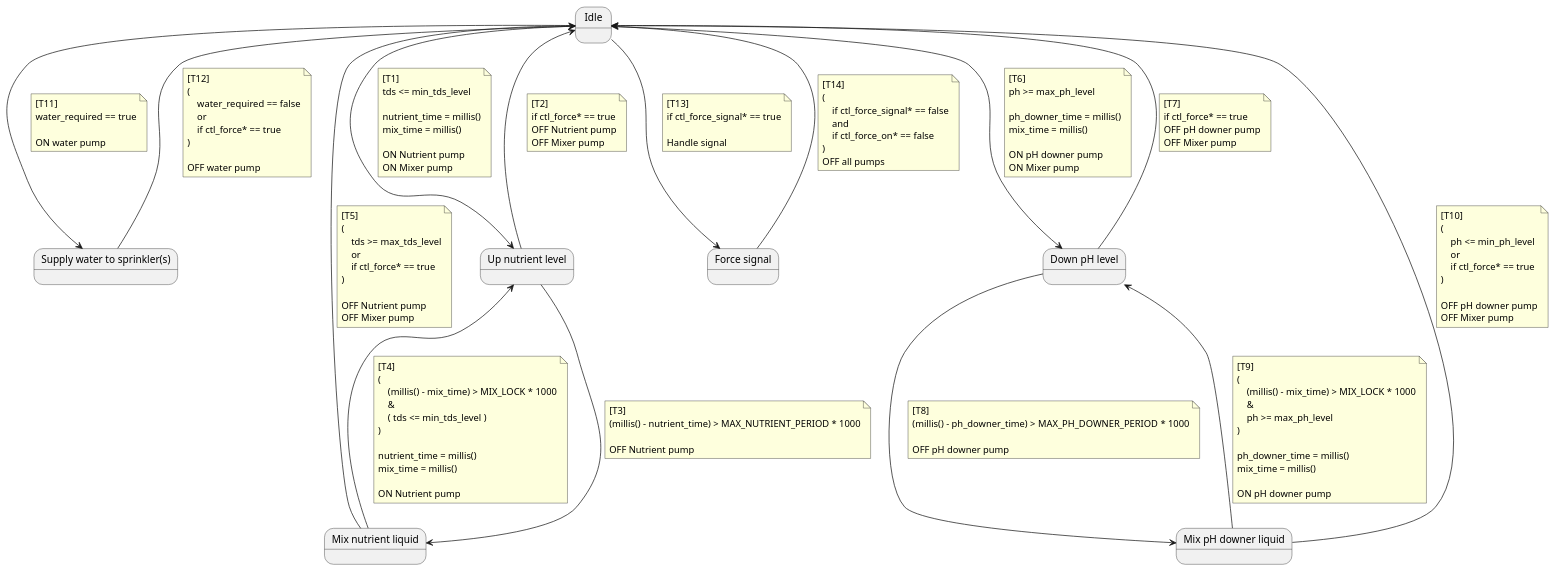
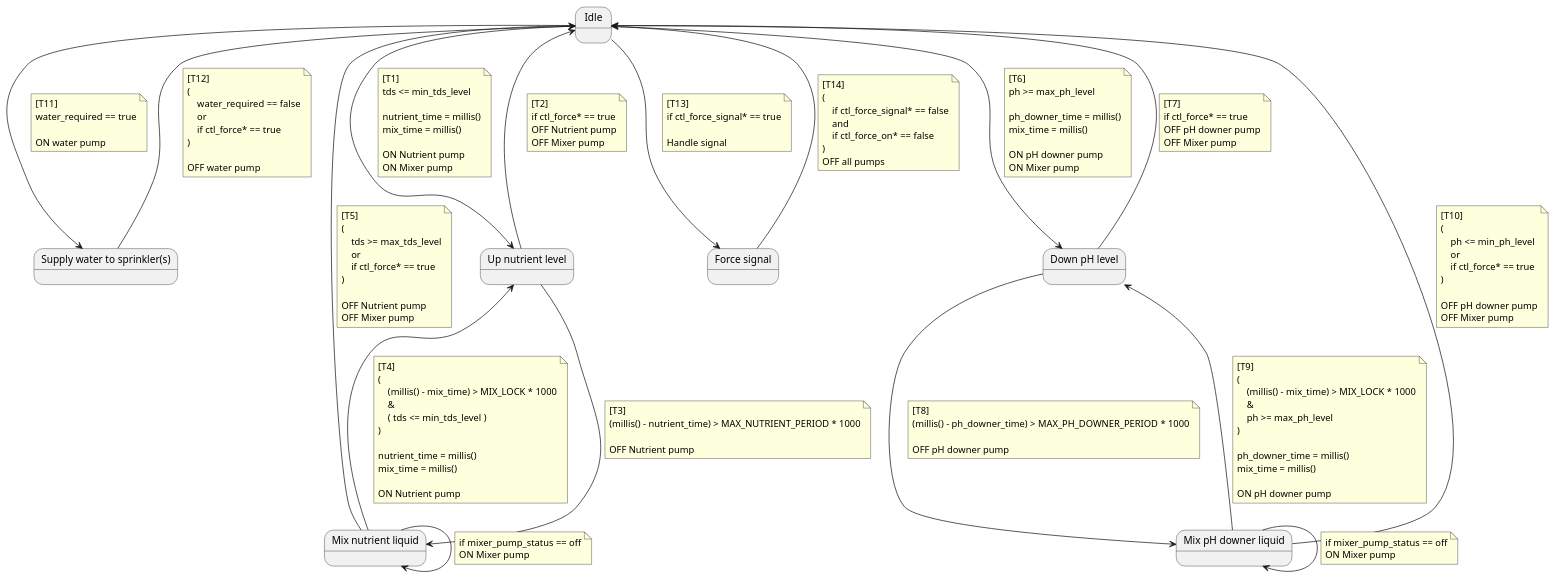
Before and after one commit to One-Green/iot-edge-agent: the diagram in water/docs/finite_state_machine.puml, drawn with PlantUML. The commit also changed 1 other file, not shown here.

Commit message:
feat(water/master_esp32.src.main): up/down tds or ph level more robust, avoid mess while tds ph level changes is required, more deactivate all other pump when watering

```diff
--- a/water/docs/finite_state_machine.puml
+++ b/water/docs/finite_state_machine.puml
@@ -2,174 +2,189 @@
 @startuml
 
 state "Idle" as IDLE
 state "Supply water to sprinkler(s)" as WATER_PUMP_ON
 state "Up nutrient level" as UP_NUTRIENT_LEVEL
 state "Mix nutrient liquid" as MIX_NUTRIENT_LIQUID
 state "Down pH level" as DOWN_PH_LEVEL
 state "Mix pH downer liquid" as MIX_PH_DOWNER_LIQUID
 state "Force signal" as FORCE_SIGNAL
 
 
 ' ================= nutrient level regulation  =================
 ' ==============================================================
 IDLE --> UP_NUTRIENT_LEVEL
     note on link
         [T1]
         tds <= min_tds_level
 
         nutrient_time = millis()
         mix_time = millis()
 
         ON Nutrient pump
         ON Mixer pump
     end note
 
 UP_NUTRIENT_LEVEL --> IDLE
     note on link
         [T2]
         if ctl_force* == true
         OFF Nutrient pump
         OFF Mixer pump
     end note
 
 UP_NUTRIENT_LEVEL --> MIX_NUTRIENT_LIQUID
     note on link
         [T3]
         (millis() - nutrient_time) > MAX_NUTRIENT_PERIOD * 1000
 
         OFF Nutrient pump
     end note
 
 
 MIX_NUTRIENT_LIQUID --> UP_NUTRIENT_LEVEL
     note on link
         [T4]
         (
             (millis() - mix_time) > MIX_LOCK * 1000
             &
             ( tds <= min_tds_level )
         )
 
         nutrient_time = millis()
         mix_time = millis()
 
         ON Nutrient pump
     end note
 
 MIX_NUTRIENT_LIQUID --> IDLE
     note on link
         [T5]
         (
             tds >= max_tds_level
             or
             if ctl_force* == true
         )
 
         OFF Nutrient pump
         OFF Mixer pump
     end note
 
+MIX_NUTRIENT_LIQUID --> MIX_NUTRIENT_LIQUID
+    note on link
+        if mixer_pump_status == off
+        ON Mixer pump
+    end note
+
+
 
 ' ==================== pH level regulation  ====================
 ' ==============================================================
 IDLE --> DOWN_PH_LEVEL
     note on link
         [T6]
         ph >= max_ph_level
 
         ph_downer_time = millis()
         mix_time = millis()
 
         ON pH downer pump
         ON Mixer pump
     end note
 
 DOWN_PH_LEVEL --> IDLE
     note on link
         [T7]
         if ctl_force* == true
         OFF pH downer pump
         OFF Mixer pump
     end note
 
 DOWN_PH_LEVEL --> MIX_PH_DOWNER_LIQUID
     note on link
         [T8]
         (millis() - ph_downer_time) > MAX_PH_DOWNER_PERIOD * 1000
 
         OFF pH downer pump
     end note
 
 MIX_PH_DOWNER_LIQUID --> DOWN_PH_LEVEL
     note on link
         [T9]
         (
             (millis() - mix_time) > MIX_LOCK * 1000
             &
             ph >= max_ph_level
         )
 
         ph_downer_time = millis()
         mix_time = millis()
 
         ON pH downer pump
     end note
 
 
 MIX_PH_DOWNER_LIQUID --> IDLE
     note on link
         [T10]
         (
             ph <= min_ph_level
             or
             if ctl_force* == true
         )
 
         OFF pH downer pump
         OFF Mixer pump
     end note
 
+
+MIX_PH_DOWNER_LIQUID --> MIX_PH_DOWNER_LIQUID
+    note on link
+        if mixer_pump_status == off
+        ON Mixer pump
+    end note
+
+
 IDLE --> WATER_PUMP_ON
     note on link
         [T11]
         water_required == true
 
         ON water pump
     end note
 
 WATER_PUMP_ON --> IDLE
     note on link
         [T12]
         (
             water_required == false
             or
             if ctl_force* == true
         )
 
         OFF water pump
     end note
 
 ' ========================= force state ========================
 ' ==============================================================
 IDLE --> FORCE_SIGNAL
     note on link
         [T13]
         if ctl_force_signal* == true
 
         Handle signal
     end note
 
 FORCE_SIGNAL --> IDLE
     note on link
         [T14]
         (
             if ctl_force_signal* == false
             and
             if ctl_force_on* == false
         )
         OFF all pumps
     end note
 
 
 
 @enduml
```
